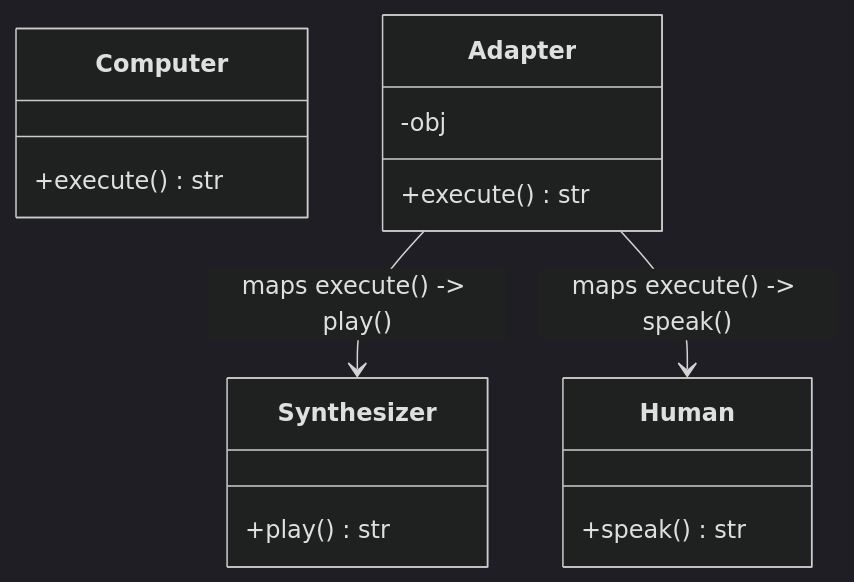
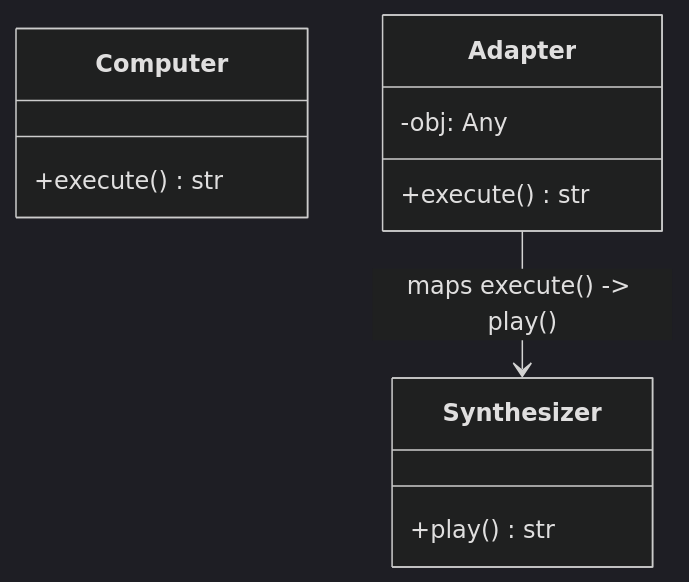
The diagram in python-design-patterns/structural/adapter.md (SanjayR857/All-in-One-Notes), drawn with Mermaid (dark theme) before and after one commit. The commit also changed other lines of this file and 40 other files, not shown here.

````diff
--- a/python-design-patterns/structural/adapter.md
+++ b/python-design-patterns/structural/adapter.md
@@ -25,18 +33,14 @@
 ```mermaid
 classDiagram
     class Computer {
         +execute() str
     }
     class Synthesizer {
         +play() str
     }
-    class Human {
-        +speak() str
-    }
     class Adapter {
-        -obj
+        -obj: Any
         +execute() str
     }
     Adapter --> Synthesizer : maps execute() -> play()
-    Adapter --> Human : maps execute() -> speak()
 ```
````
